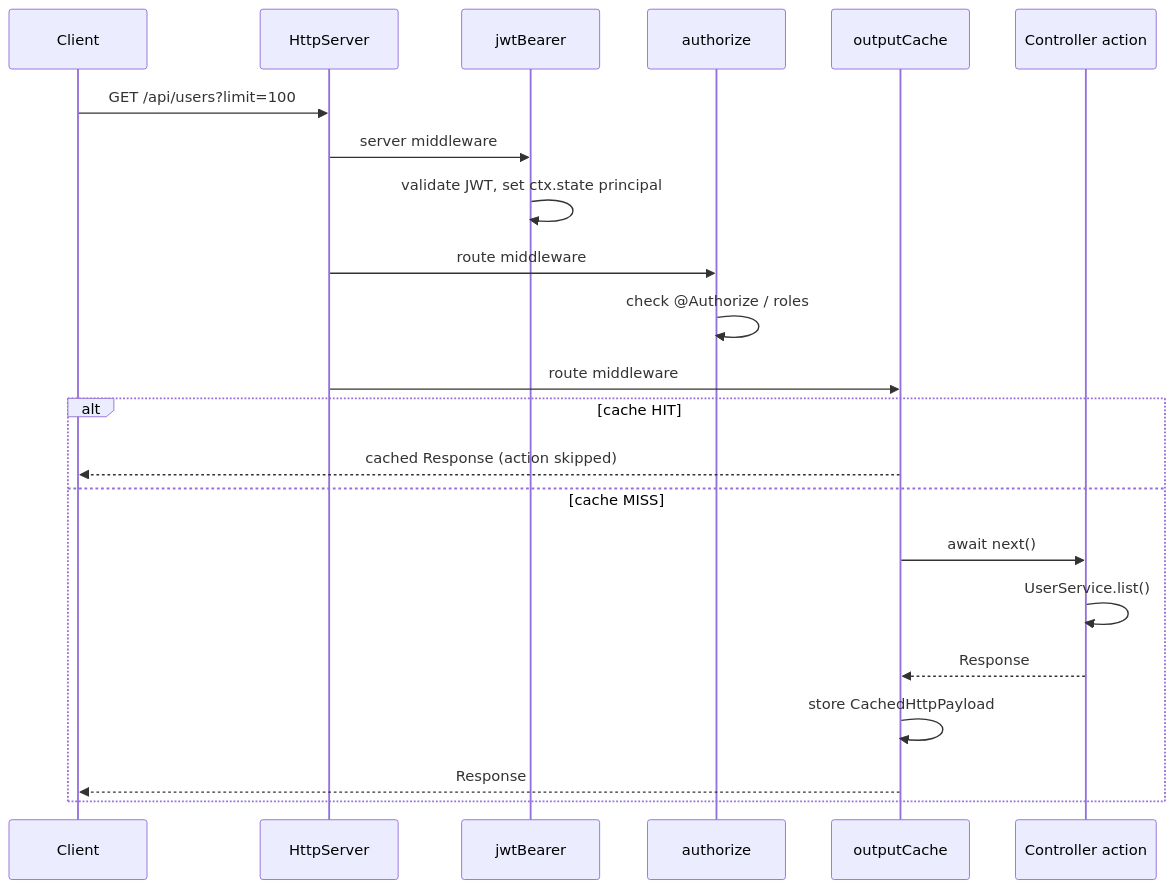
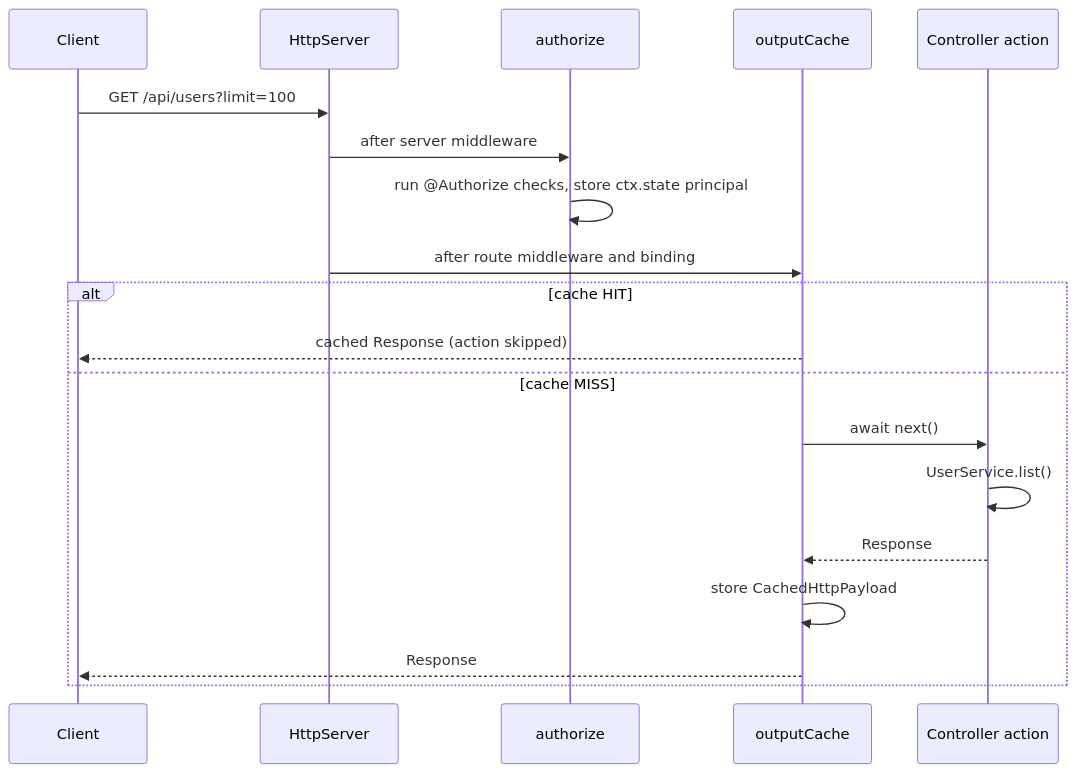
Before and after one commit to asus97178/bazis: the second of 6 diagrams in src/osnv/core/cache/SPEC.md, drawn with Mermaid. The commit also changed other lines of this file and 35 other files, not shown here.

````diff
--- a/src/osnv/core/cache/SPEC.md
+++ b/src/osnv/core/cache/SPEC.md
@@ -815,25 +819,22 @@
 ```mermaid
 sequenceDiagram
   participant C as Client
   participant H as HttpServer
-  participant J as jwtBearer
   participant A as authorize
   participant O as outputCache
   participant X as Controller action
 
   C->>H: GET /api/users?limit=100
-  H->>J: server middleware
-  J->>J: validate JWT, set ctx.state principal
-  H->>A: route middleware
-  A->>A: check @Authorize / roles
-  H->>O: route middleware
+  H->>A: after server middleware
+  A->>A: run @Authorize checks, store ctx.state principal
+  H->>O: after route middleware and binding
   alt cache HIT
     O-->>C: cached Response (action skipped)
   else cache MISS
     O->>X: await next()
     X->>X: UserService.list()
     X-->>O: Response
     O->>O: store CachedHttpPayload
     O-->>C: Response
   end
 ```
````
